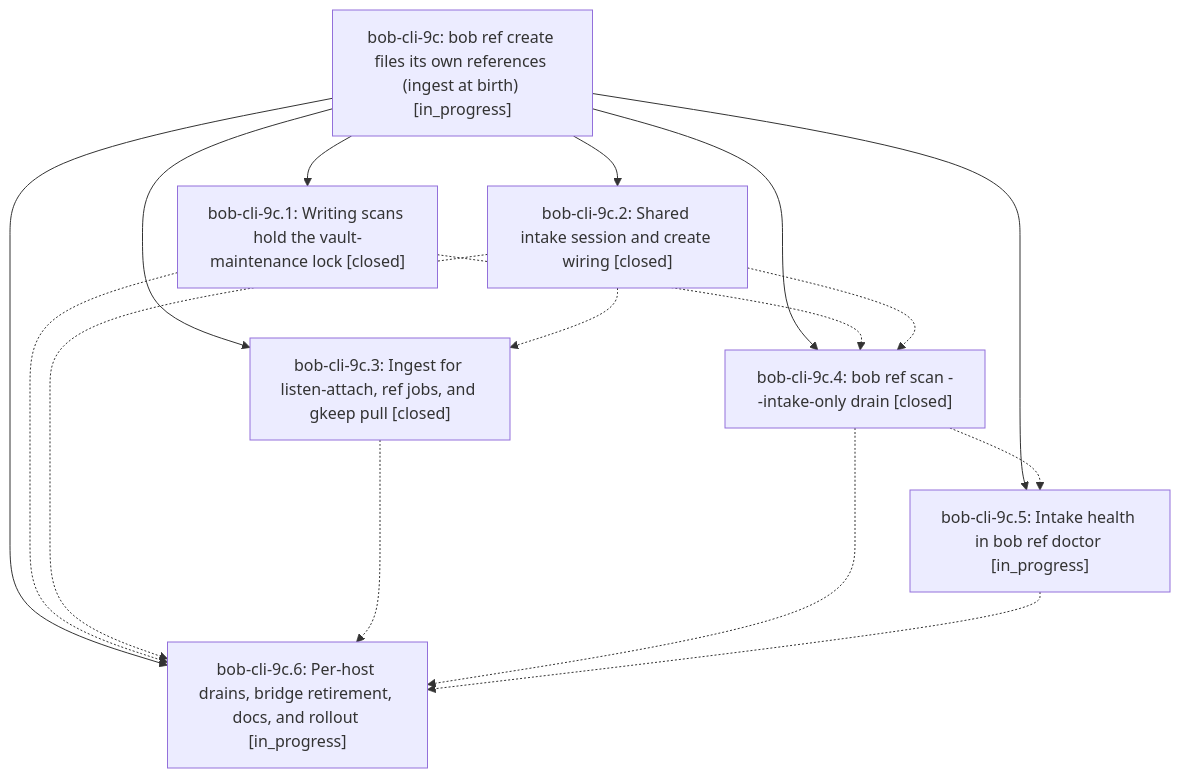
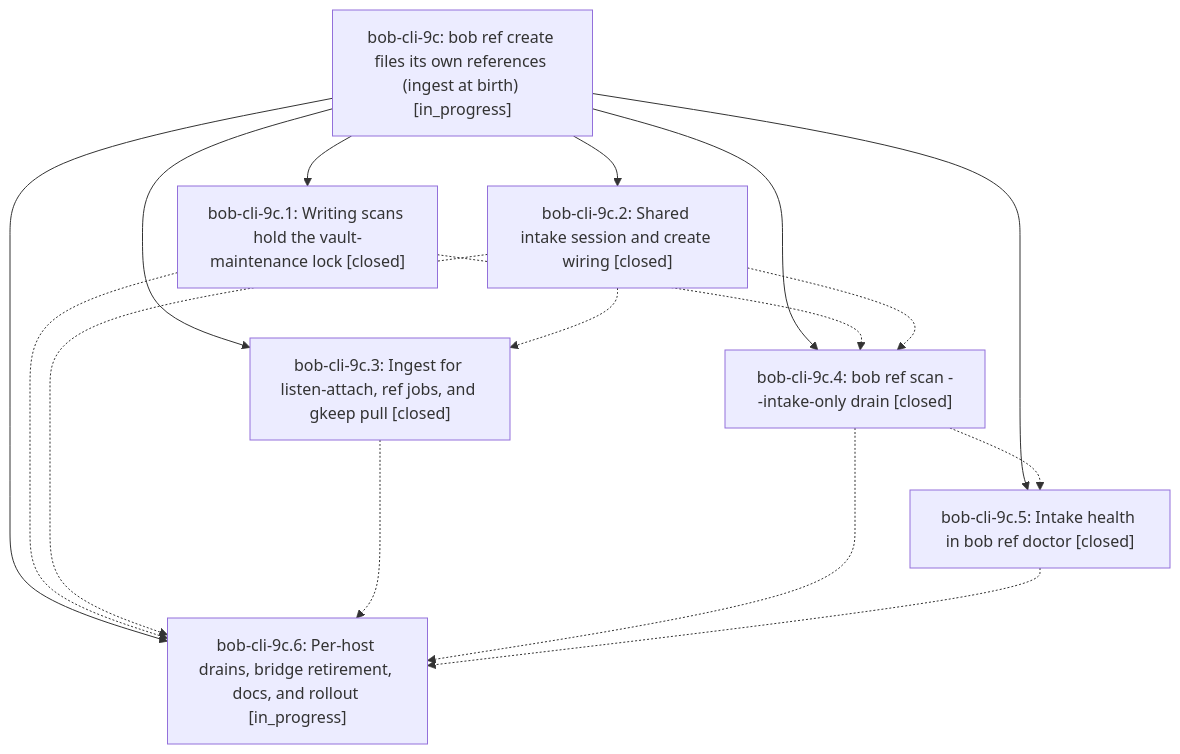
Before and after one commit to bobs-org/bob-cli--beads: the diagram in pages/bob-cli-9c/README.md, drawn with Mermaid. The commit also changed other lines of this file and 3 other files, not shown here.

First line of the commit message:
chore(beads): sync bead state and pages for bob-cli-9c

````diff
--- a/pages/bob-cli-9c/README.md
+++ b/pages/bob-cli-9c/README.md
@@ -41,25 +41,25 @@
 ```mermaid
 flowchart TD
     n0["bob-cli-9c: bob ref create files its own references (ingest at birth) [in_progress]"]
     n1["bob-cli-9c.1: Writing scans hold the vault-maintenance lock [closed]"]
     n2["bob-cli-9c.2: Shared intake session and create wiring [closed]"]
     n3["bob-cli-9c.3: Ingest for listen-attach, ref jobs, and gkeep pull [closed]"]
     n4["bob-cli-9c.4: bob ref scan --intake-only drain [closed]"]
-    n5["bob-cli-9c.5: Intake health in bob ref doctor [in_progress]"]
+    n5["bob-cli-9c.5: Intake health in bob ref doctor [closed]"]
     n6["bob-cli-9c.6: Per-host drains, bridge retirement, docs, and rollout [in_progress]"]
     n0 --> n1
     n0 --> n2
     n0 --> n3
     n0 --> n4
     n0 --> n5
     n0 --> n6
     n1 -.-> n4
     n1 -.-> n6
     n2 -.-> n3
     n2 -.-> n4
     n2 -.-> n6
     n3 -.-> n6
     n4 -.-> n5
     n4 -.-> n6
     n5 -.-> n6
 ```
````
